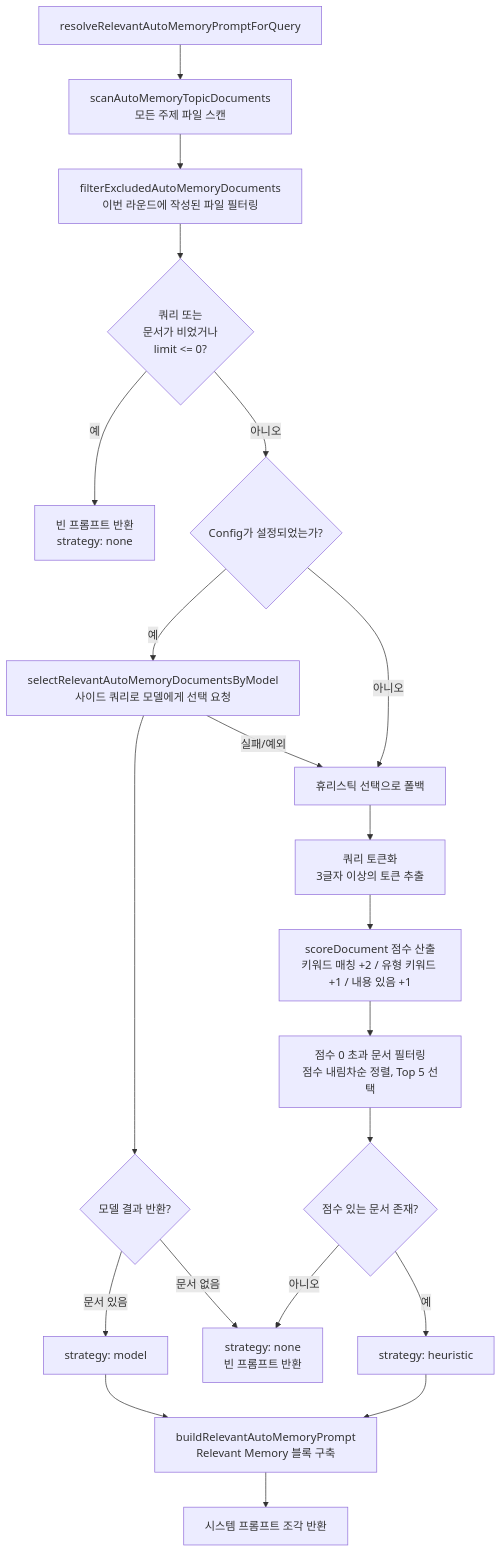
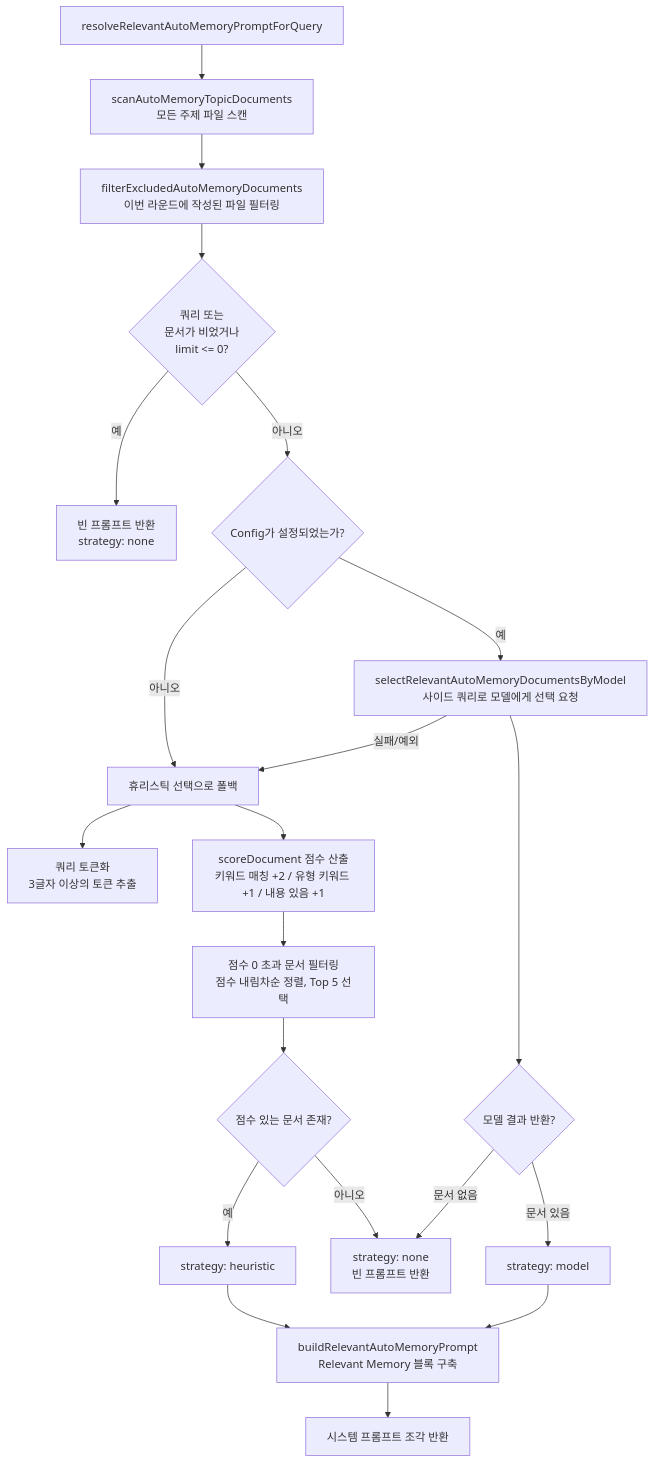
Before and after one commit to hkjang/qwen-code: the sixth of 7 diagrams in docs/design/auto-memory/memory-system.md, drawn with Mermaid. The commit also changed other lines of this file and 21 other files, not shown here.

Commit message:
docs: fix bad translations and mermaid syntax in design docs

````diff
--- a/docs/design/auto-memory/memory-system.md
+++ b/docs/design/auto-memory/memory-system.md
@@ -345,23 +343,23 @@
 ```mermaid
 flowchart TD
-    A[resolveRelevantAutoMemoryPromptForQuery] --> B[scanAutoMemoryTopicDocuments\n모든 주제 파일 스캔]
-    B --> C[filterExcludedAutoMemoryDocuments\n이번 라운드에 작성된 파일 필터링]
-    C --> D{쿼리 또는\n문서가 비었거나\nlimit <= 0?}
-    D -- 예 --> E[빈 프롬프트 반환\nstrategy: none]
-    D -- 아니오 --> F{Config가 설정되었는가?}
-    F -- 예 --> G[selectRelevantAutoMemoryDocumentsByModel\n사이드 쿼리로 모델에게 선택 요청]
-    G --> H{모델 결과 반환?}
-    H -- 문서 있음 --> I[strategy: model]
-    H -- 문서 없음 --> J[strategy: none\n빈 프롬프트 반환]
-    G -- "실패/예외" --> K[휴리스틱 선택으로 폴백]
-    F -- 아니오 --> K
-    K --> L[쿼리 토큰화\n3글자 이상의 토큰 추출]
-    L --> M[scoreDocument 점수 산출\n키워드 매칭 +2 / 유형 키워드 +1 / 내용 있음 +1]
-    M --> N[점수 0 초과 문서 필터링\n점수 내림차순 정렬, Top 5 선택]
-    N --> O{점수 있는 문서 존재?}
-    O -- 예 --> P[strategy: heuristic]
-    O -- 아니오 --> J
-    I --> Q[buildRelevantAutoMemoryPrompt\nRelevant Memory 블록 구축]
+    A[resolveRelevantAutoMemoryPromptForQuery] --> B["scanAutoMemoryTopicDocuments<br/>모든 주제 파일 스캔"]
+    B --> C["filterExcludedAutoMemoryDocuments<br/>이번 라운드에 작성된 파일 필터링"]
+    C --> D{"쿼리 또는<br/>문서가 비었거나<br/>limit <= 0?"}
+    D -- "예" --> E["빈 프롬프트 반환<br/>strategy: none"]
+    D -- "아니오" --> F{"Config가 설정되었는가?"}
+    F -- "예" --> G["selectRelevantAutoMemoryDocumentsByModel<br/>사이드 쿼리로 모델에게 선택 요청"]
+    G --> H{"모델 결과 반환?"}
+    H -- "문서 있음" --> I["strategy: model"]
+    H -- "문서 없음" --> J["strategy: none<br/>빈 프롬프트 반환"]
+    G -- "실패/예외" --> K["휴리스틱 선택으로 폴백"]
+    F -- "아니오" --> K
+    K --> L["쿼리 토큰화<br/>3글자 이상의 토큰 추출"]
+    K --> M["scoreDocument 점수 산출<br/>키워드 매칭 +2 / 유형 키워드 +1 / 내용 있음 +1"]
+    M --> N["점수 0 초과 문서 필터링<br/>점수 내림차순 정렬, Top 5 선택"]
+    N --> O{"점수 있는 문서 존재?"}
+    O -- "예" --> P["strategy: heuristic"]
+    O -- "아니오" --> J
+    I --> Q["buildRelevantAutoMemoryPrompt<br/>Relevant Memory 블록 구축"]
     P --> Q
-    Q --> R[시스템 프롬프트 조각 반환]
+    Q --> R["시스템 프롬프트 조각 반환"]
 ```
````
